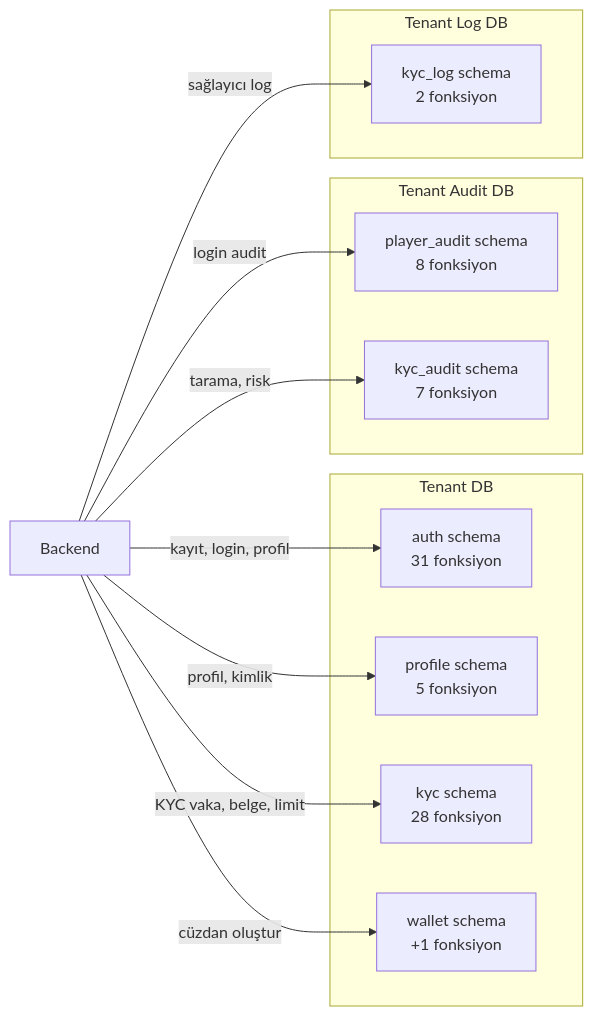
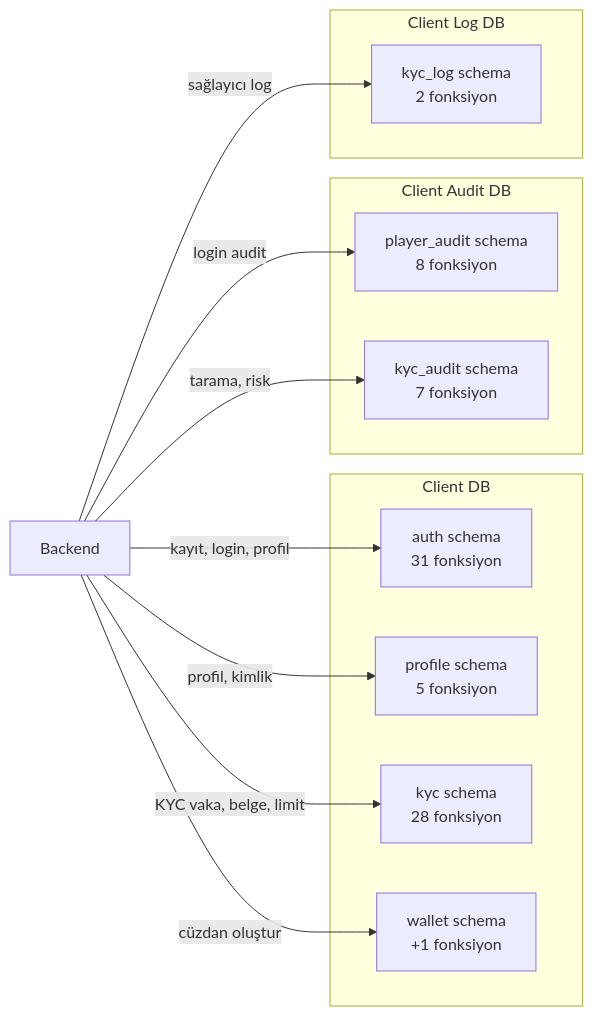
The first of 9 diagrams in .docs/guides/PLAYER_AUTH_KYC_GUIDE.md (frhtshn/One.DB), drawn with Mermaid before and after one commit. The commit also changed other lines of this file and 442 other files, not shown here.

First line of the commit message:
Nucleo → Sortis One ve tenant → client içerik güncellemeleri

````diff
--- a/.docs/guides/PLAYER_AUTH_KYC_GUIDE.md
+++ b/.docs/guides/PLAYER_AUTH_KYC_GUIDE.md
@@ -21,26 +21,26 @@
 ```mermaid
 flowchart LR
-    subgraph tenant["Tenant DB"]
+    subgraph client["Client DB"]
         A1[auth schema<br/>31 fonksiyon]
         A2[profile schema<br/>5 fonksiyon]
         A3[kyc schema<br/>28 fonksiyon]
         A4[wallet schema<br/>+1 fonksiyon]
     end
 
-    subgraph tenant_audit["Tenant Audit DB"]
+    subgraph client_audit["Client Audit DB"]
         B1[player_audit schema<br/>8 fonksiyon]
         B2[kyc_audit schema<br/>7 fonksiyon]
     end
 
-    subgraph tenant_log["Tenant Log DB"]
+    subgraph client_log["Client Log DB"]
         C1[kyc_log schema<br/>2 fonksiyon]
     end
 
     Backend -->|"kayıt, login, profil"| A1
     Backend -->|"profil, kimlik"| A2
     Backend -->|"KYC vaka, belge, limit"| A3
     Backend -->|"cüzdan oluştur"| A4
     Backend -->|"login audit"| B1
     Backend -->|"tarama, risk"| B2
     Backend -->|"sağlayıcı log"| C1
 ```
````
